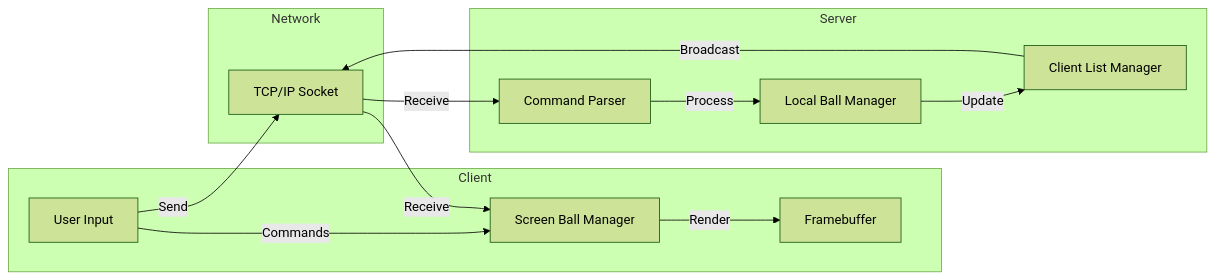
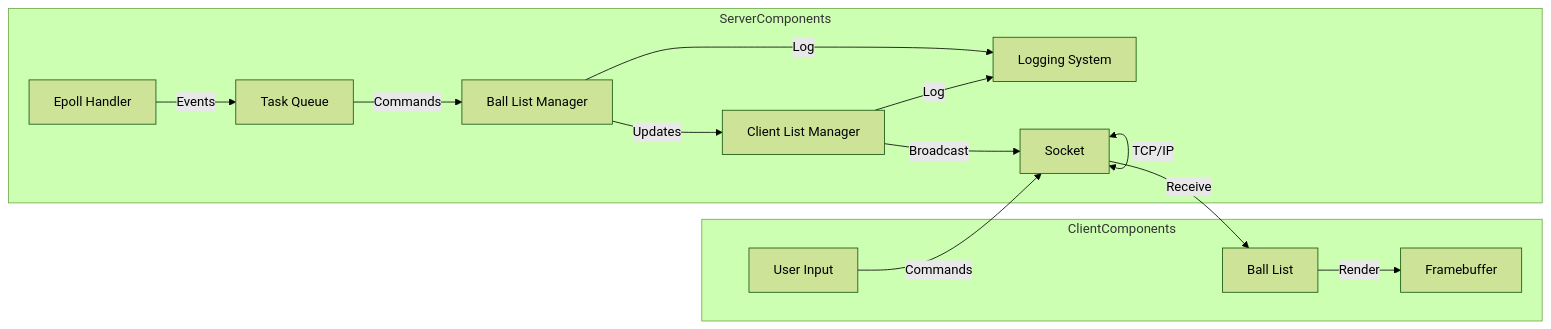
The fourth of 5 diagrams in README.md (Baby-Blowfish/owner_based_ball_game), drawn with Mermaid (forest theme) before and after one commit. The commit also changed other lines of this file and 100 other files, not shown here.

````diff
--- a/README.md
+++ b/README.md
@@ -165,27 +164,30 @@
 ```mermaid
-flowchart LR
-    subgraph "Client"
-        UI[User Input]
-        SB[Screen Ball Manager]
-        FB[Framebuffer]
-        UI -->|Commands| SB
-        SB -->|Render| FB
+graph LR
+    subgraph ServerComponents
+        TQ[Task Queue]
+        BLM[Ball List Manager]
+        CLM[Client List Manager]
+        EP[Epoll Handler]
+        LOG[Logging System]
+
+        TQ -->|Commands| BLM
+        BLM -->|Updates| CLM
+        CLM -->|Broadcast| SOCK
+        EP -->|Events| TQ
+        BLM -->|Log| LOG
+        CLM -->|Log| LOG
     end
 
-    subgraph "Network"
-        TCP[TCP/IP Socket]
+    subgraph ClientComponents
+        FB[Framebuffer]
+        BL[Ball List]
+        SOCK[Socket]
+        UI[User Input]
+
+        UI -->|Commands| SOCK
+        SOCK -->|Receive| BL
+        BL -->|Render| FB
     end
 
-    subgraph "Server"
-        CM[Command Parser]
-        LBM[Local Ball Manager]
-        CLM[Client List Manager]
-        CM -->|Process| LBM
-        LBM -->|Update| CLM
-        CLM -->|Broadcast| TCP
-    end
-
-    UI -->|Send| TCP
-    TCP -->|Receive| CM
-    TCP -->|Receive| SB
+    SOCK <-->|TCP/IP| SOCK
 ```
````
